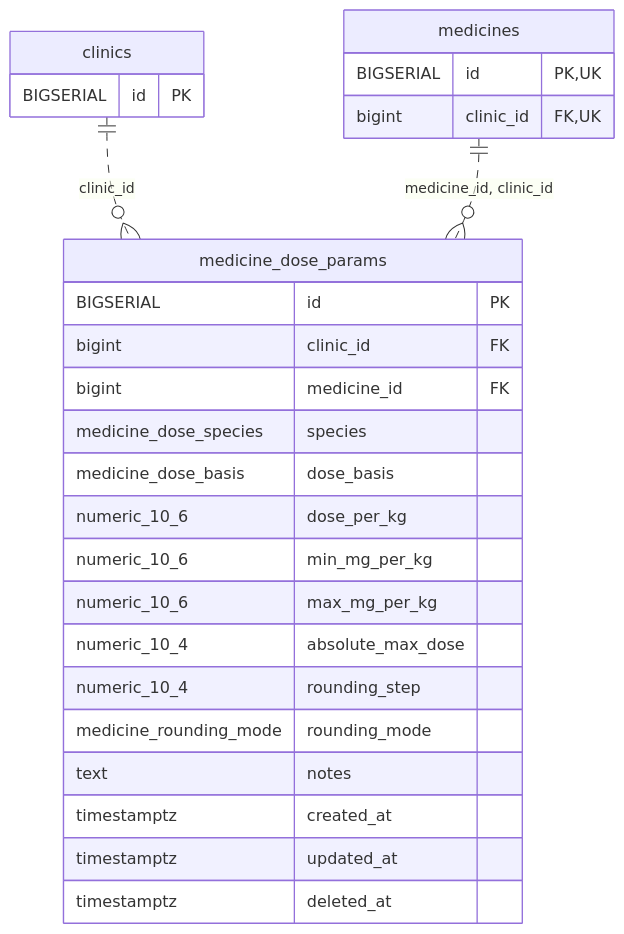
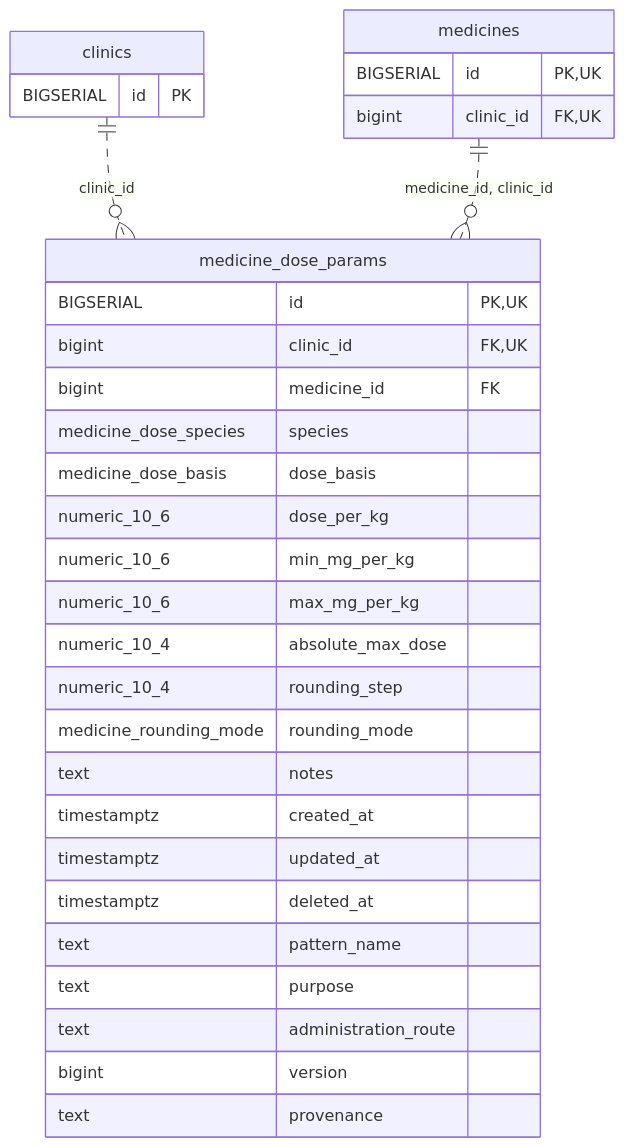
The diagram in docs/architecture/erd-detail/medicine_dose_params.md (MinoruSoga/AnimalEkarte), drawn with Mermaid before and after one commit. The commit also changed other lines of this file and 131 other files, not shown here.

````diff
--- a/docs/architecture/erd-detail/medicine_dose_params.md
+++ b/docs/architecture/erd-detail/medicine_dose_params.md
@@ -38,29 +43,34 @@
 ```mermaid
 erDiagram
     medicine_dose_params {
-        BIGSERIAL id PK
-        bigint clinic_id FK
+        BIGSERIAL id PK,UK
+        bigint clinic_id FK,UK
         bigint medicine_id FK
         medicine_dose_species species
         medicine_dose_basis dose_basis
         numeric_10_6 dose_per_kg
         numeric_10_6 min_mg_per_kg
         numeric_10_6 max_mg_per_kg
         numeric_10_4 absolute_max_dose
         numeric_10_4 rounding_step
         medicine_rounding_mode rounding_mode
         text notes
         timestamptz created_at
         timestamptz updated_at
         timestamptz deleted_at
+        text pattern_name
+        text purpose
+        text administration_route
+        bigint version
+        text provenance
     }
     clinics {
         BIGSERIAL id PK
     }
     medicines {
         BIGSERIAL id PK,UK
         bigint clinic_id FK,UK
     }
     clinics ||..o{ medicine_dose_params : "clinic_id"
     medicines ||..o{ medicine_dose_params : "medicine_id, clinic_id"
 ```
````
